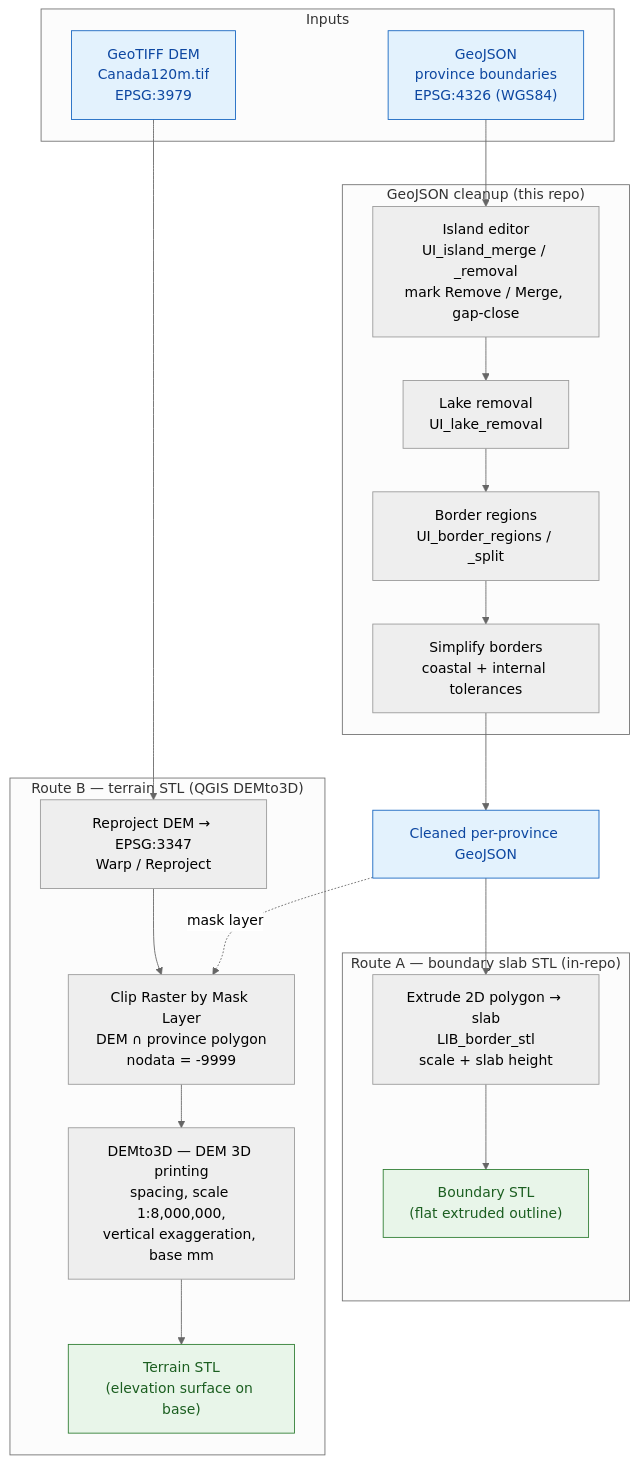
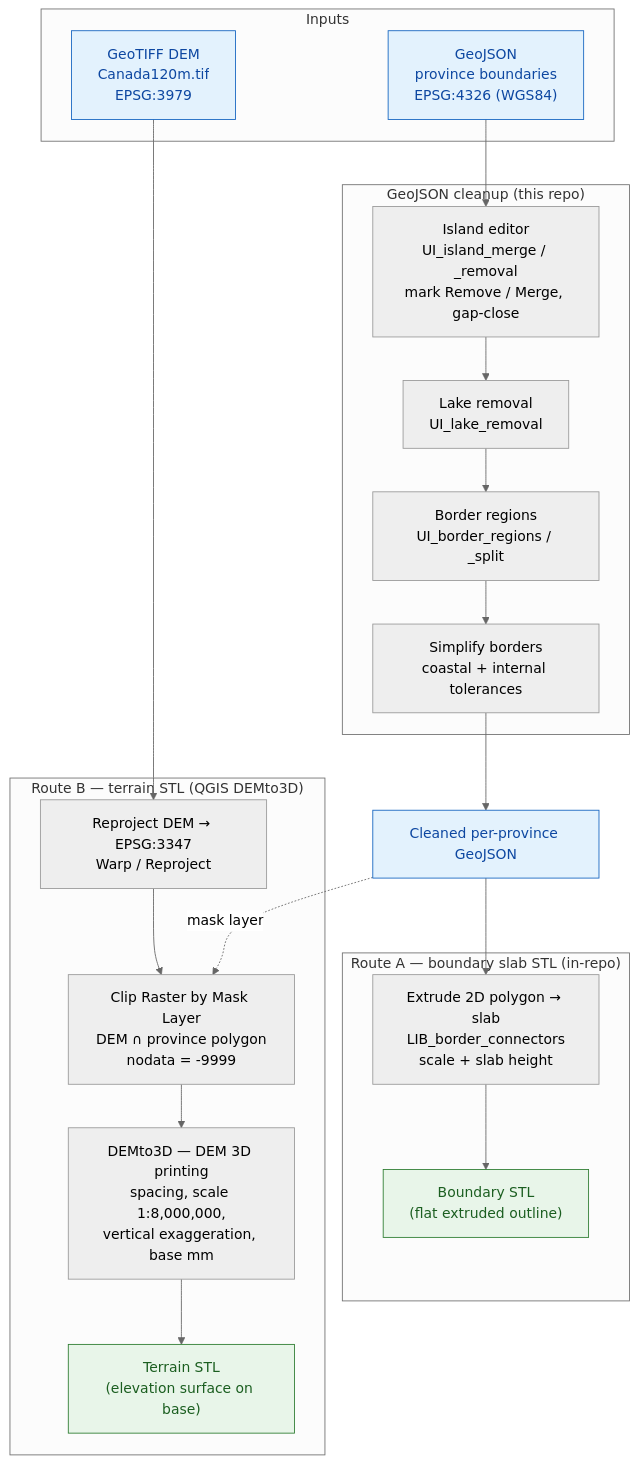
Before and after one commit to DullemondWilliam/TerrainPrint: the diagram in README.md, drawn with Mermaid (neutral theme). The commit also changed other lines of this file and 19 other files, not shown here.

````diff
--- a/README.md
+++ b/README.md
@@ -19,38 +19,38 @@
 ```mermaid
 flowchart TD
     subgraph inputs["Inputs"]
         GJ["GeoJSON<br/>province boundaries<br/>EPSG:4326 (WGS84)"]
         TIF["GeoTIFF DEM<br/>Canada120m.tif<br/>EPSG:3979"]
     end
 
     subgraph clean["GeoJSON cleanup (this repo)"]
         IE["Island editor<br/>UI_island_merge / _removal<br/>mark Remove / Merge, gap-close"]
         LR["Lake removal<br/>UI_lake_removal"]
         BR["Border regions<br/>UI_border_regions / _split"]
         SB["Simplify borders<br/>coastal + internal tolerances"]
     end
 
     GJ --> IE --> LR --> BR --> SB
     SB --> CLEANGJ["Cleaned per-province GeoJSON"]
 
     subgraph route1["Route A — boundary slab STL (in-repo)"]
-        EXT["Extrude 2D polygon → slab<br/>LIB_border_stl<br/>scale + slab height"]
+        EXT["Extrude 2D polygon → slab<br/>LIB_border_connectors<br/>scale + slab height"]
         STL1["Boundary STL<br/>(flat extruded outline)"]
     end
     CLEANGJ --> EXT --> STL1
 
     subgraph route2["Route B — terrain STL (QGIS DEMto3D)"]
         RP["Reproject DEM → EPSG:3347<br/>Warp / Reproject"]
         CLIP["Clip Raster by Mask Layer<br/>DEM ∩ province polygon<br/>nodata = -9999"]
         D3D["DEMto3D — DEM 3D printing<br/>spacing, scale 1:8,000,000,<br/>vertical exaggeration, base mm"]
         STL2["Terrain STL<br/>(elevation surface on base)"]
     end
     TIF --> RP --> CLIP
     CLEANGJ -.->|mask layer| CLIP
     CLIP --> D3D --> STL2
 
     classDef data fill:#e3f2fd,stroke:#1565c0,color:#0d47a1;
     classDef out fill:#e8f5e9,stroke:#2e7d32,color:#1b5e20;
     class GJ,TIF,CLEANGJ data;
     class STL1,STL2 out;
 ```
````
